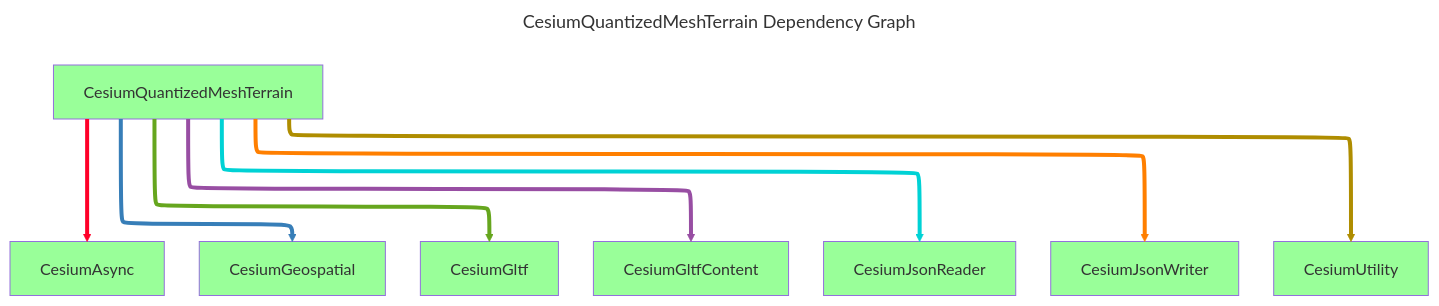
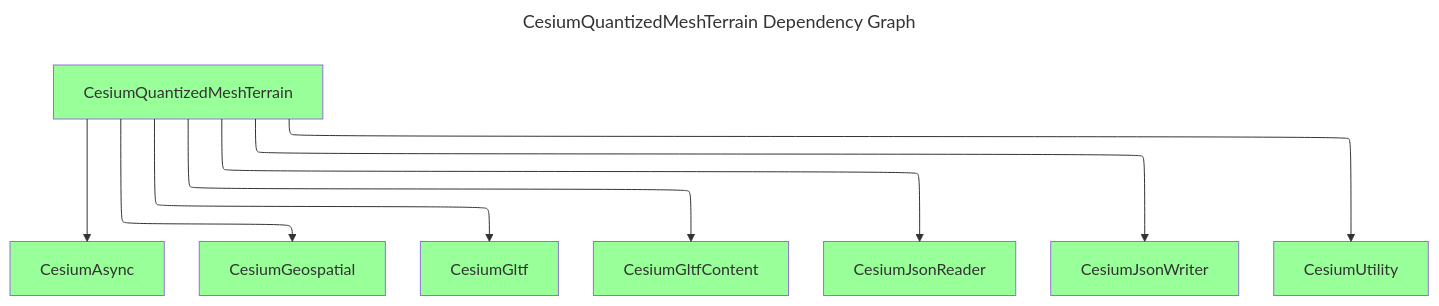
The diagram in doc/diagrams/dependencies/CesiumQuantizedMeshTerrain.mmd (CesiumGS/cesium-native), drawn with Mermaid before and after one commit. The commit also changed 19 other files, not shown here.

Commit message:
README formatting, no colors for target dependency graphs

```diff
--- a/doc/diagrams/dependencies/CesiumQuantizedMeshTerrain.mmd
+++ b/doc/diagrams/dependencies/CesiumQuantizedMeshTerrain.mmd
@@ -1,23 +1,16 @@
 ---
 config:
   layout: elk
 title: CesiumQuantizedMeshTerrain Dependency Graph
 ---
 graph TD
   classDef dependencyNode fill:#fff,stroke:#ccc,color:#666
   classDef libraryNode fill:#9f9
   CesiumQuantizedMeshTerrain[CesiumQuantizedMeshTerrain] --> CesiumAsync[CesiumAsync]
   CesiumQuantizedMeshTerrain[CesiumQuantizedMeshTerrain] --> CesiumGeospatial[CesiumGeospatial]
   CesiumQuantizedMeshTerrain[CesiumQuantizedMeshTerrain] --> CesiumGltf[CesiumGltf]
   CesiumQuantizedMeshTerrain[CesiumQuantizedMeshTerrain] --> CesiumGltfContent[CesiumGltfContent]
   CesiumQuantizedMeshTerrain[CesiumQuantizedMeshTerrain] --> CesiumJsonReader[CesiumJsonReader]
   CesiumQuantizedMeshTerrain[CesiumQuantizedMeshTerrain] --> CesiumJsonWriter[CesiumJsonWriter]
   CesiumQuantizedMeshTerrain[CesiumQuantizedMeshTerrain] --> CesiumUtility[CesiumUtility]
   class CesiumAsync,CesiumGeospatial,CesiumGltf,CesiumGltfContent,CesiumJsonReader,CesiumJsonWriter,CesiumUtility,CesiumQuantizedMeshTerrain libraryNode
-  linkStyle 0 stroke:#ff0029,stroke-width:4px
-  linkStyle 1 stroke:#377eb8,stroke-width:4px
-  linkStyle 2 stroke:#66a61e,stroke-width:4px
-  linkStyle 3 stroke:#984ea3,stroke-width:4px
-  linkStyle 4 stroke:#00d2d5,stroke-width:4px
-  linkStyle 5 stroke:#ff7f00,stroke-width:4px
-  linkStyle 6 stroke:#af8d00,stroke-width:4px
```
